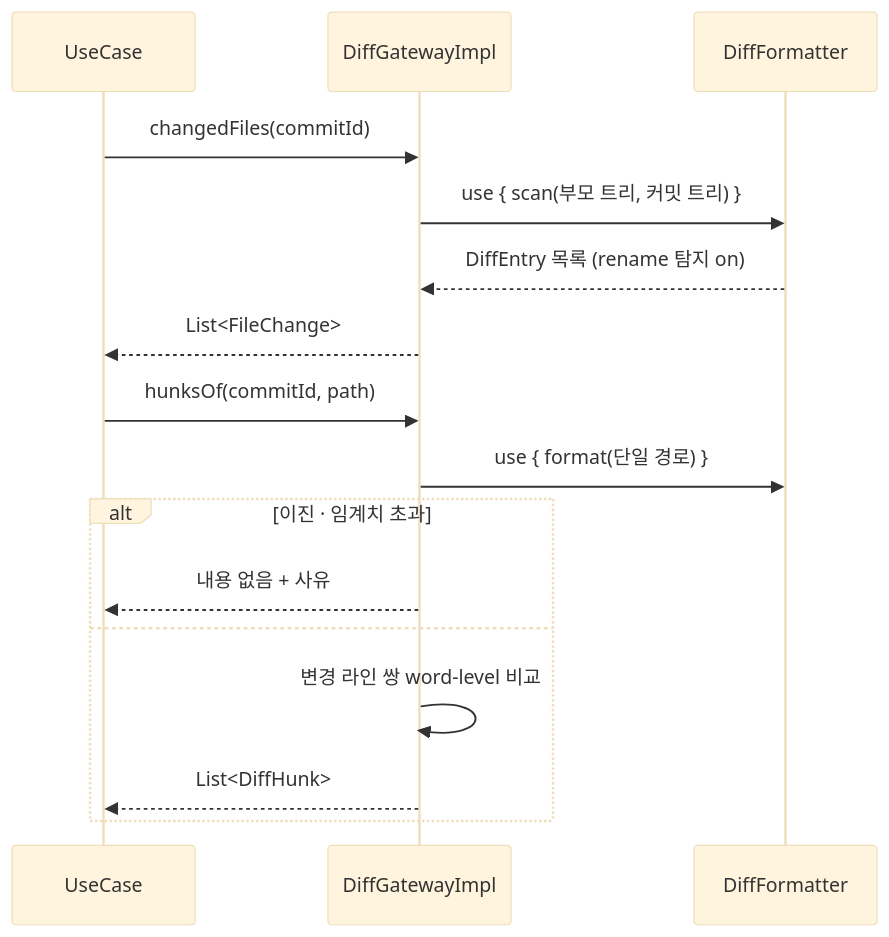
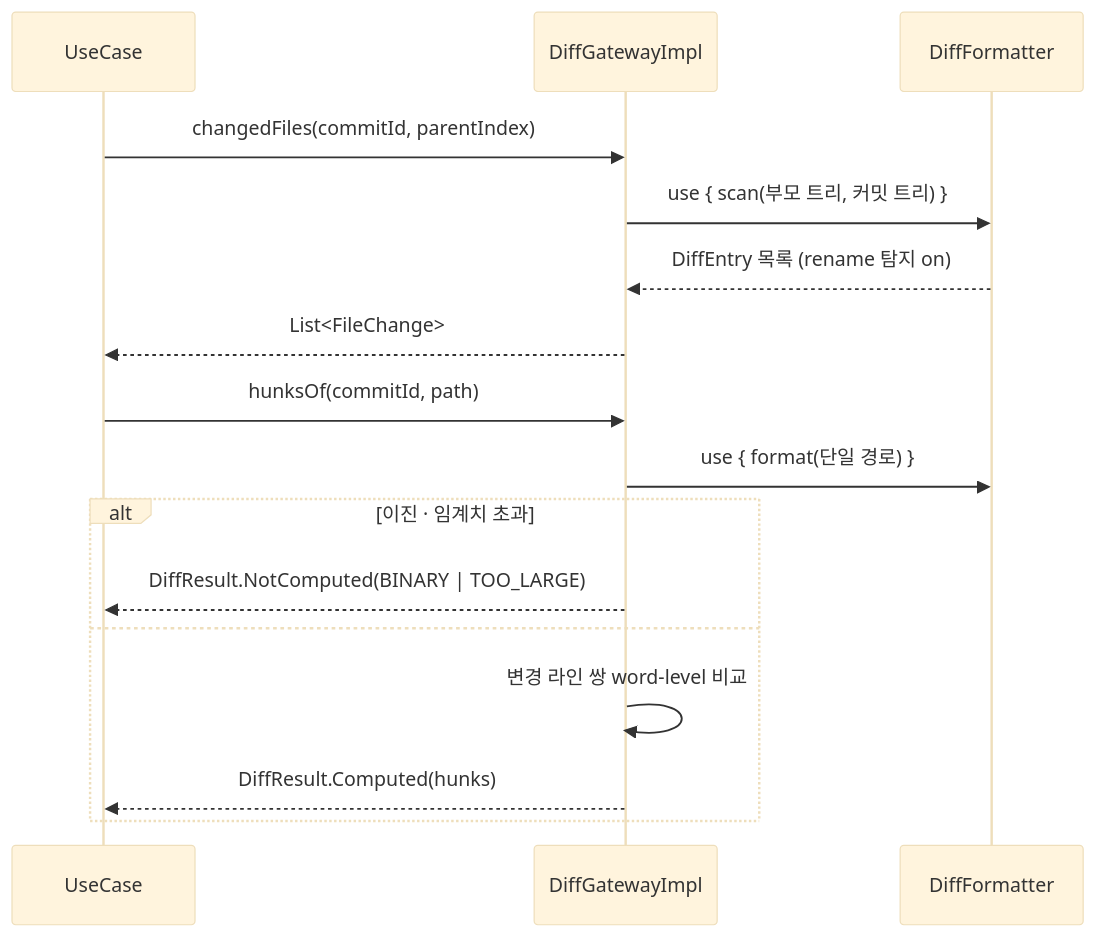
Before and after one commit to biuea3866/gitkraken-clone-app: the first of 2 diagrams in tickets/UND-05-diff-computation.md, drawn with Mermaid (base theme). The commit also changed other lines of this file and 9 other files, not shown here.

````diff
--- a/tickets/UND-05-diff-computation.md
+++ b/tickets/UND-05-diff-computation.md
@@ -26,18 +27,18 @@
 ```mermaid
 sequenceDiagram
     participant UC as UseCase
     participant GW as DiffGatewayImpl
     participant DF as DiffFormatter
-    UC->>GW: changedFiles(commitId)
+    UC->>GW: changedFiles(commitId, parentIndex)
     GW->>DF: use { scan(부모 트리, 커밋 트리) }
     DF-->>GW: DiffEntry 목록 (rename 탐지 on)
     GW-->>UC: List<FileChange>
     UC->>GW: hunksOf(commitId, path)
     GW->>DF: use { format(단일 경로) }
     alt 이진 · 임계치 초과
-        GW-->>UC: 내용 없음 + 사유
+        GW-->>UC: DiffResult.NotComputed(BINARY | TOO_LARGE)
     else
         GW->>GW: 변경 라인 쌍 word-level 비교
-        GW-->>UC: List<DiffHunk>
+        GW-->>UC: DiffResult.Computed(hunks)
     end
 ```
````
